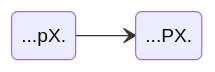
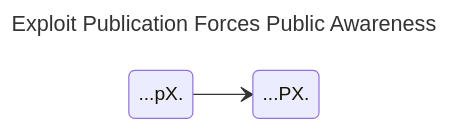
One commit to CERTCC/Vultron changed the third of 3 diagrams in docs/topics/process_models/cs/transitions.md. Above: the diagram before and after it, drawn with Mermaid. The commit also changed other lines of this file and 44 other files, not shown here.

````diff
--- a/docs/topics/process_models/cs/transitions.md
+++ b/docs/topics/process_models/cs/transitions.md
@@ -86,7 +91,10 @@
 ```mermaid
+---
+title: Exploit Publication Forces Public Awareness
+---
 stateDiagram-v2
     direction LR
     pX: ...pX.
     PX: ...PX.
     pX --> PX
 ```
````
